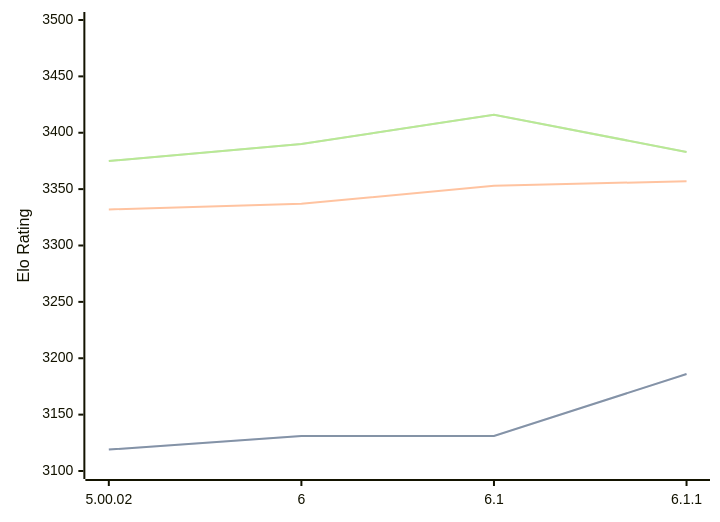
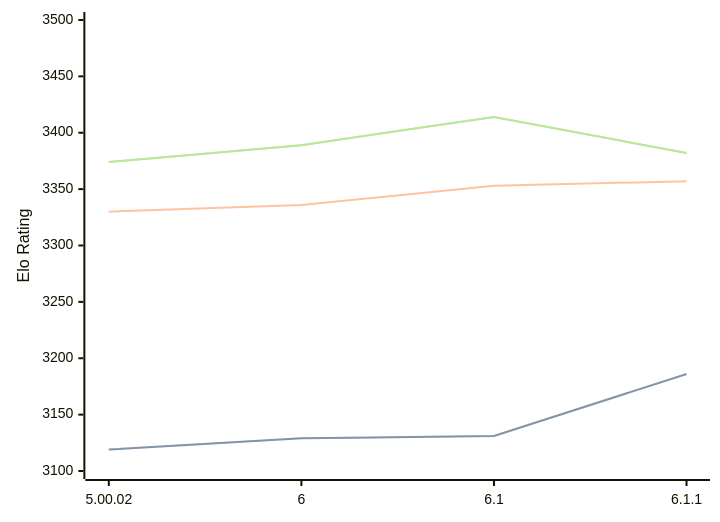
One commit to computer-chess-index/cci changed the diagram in engines/Zangdar.md. Above: the diagram before and after it, drawn with Mermaid. The commit also changed other lines of this file, not shown here.

Commit message:
Update CCI Ratings (ELO VLTC) - 2026-06-10

````diff
--- a/engines/Zangdar.md
+++ b/engines/Zangdar.md
@@ -46,11 +46,11 @@
 ```mermaid
 %%{init: {"theme":"base","themeVariables":{"seriesColors:['#a3a3a3','#222221','#faa371']}}}%%
 xychart-beta
   x-axis ["5.00.02", "6", "6.1", "6.1.1"]
   y-axis "Elo Rating" 3100 --> 3500
-  line "STC (8.0+0.08s)" [3119, 3131, 3131, 3186]
-  line "STC (8.0+0.08s)" [3119, 3131, 3131, 3186]
-  line "LTC (60.0+0.60s)" [3332, 3337, 3353, 3357]
-  line "VLTC (2m24s+1.12s)" [3375, 3390, 3416, 3383]
-  line "VLTC (2m24s+1.12s)" [3375, 3390, 3416, 3383]
+  line "STC (8.0+0.08s)" [3119, 3129, 3131, 3186]
+  line "STC (8.0+0.08s)" [3119, 3129, 3131, 3186]
+  line "LTC (60.0+0.60s)" [3330, 3336, 3353, 3357]
+  line "VLTC (2m24s+1.12s)" [3374, 3389, 3414, 3382]
+  line "VLTC (2m24s+1.12s)" [3374, 3389, 3414, 3382]
 ```
````
